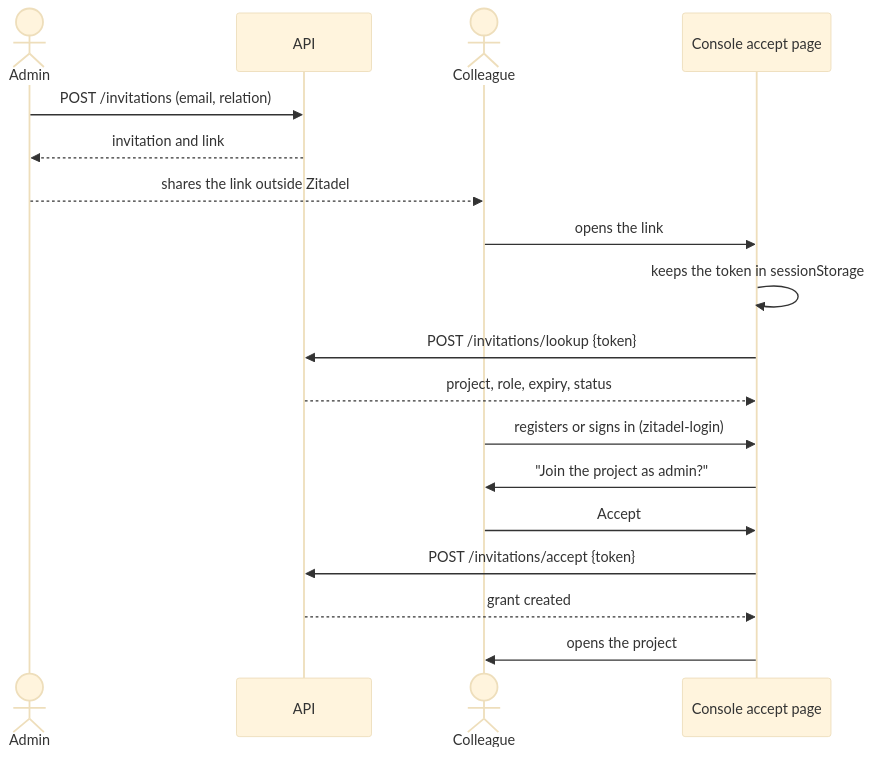
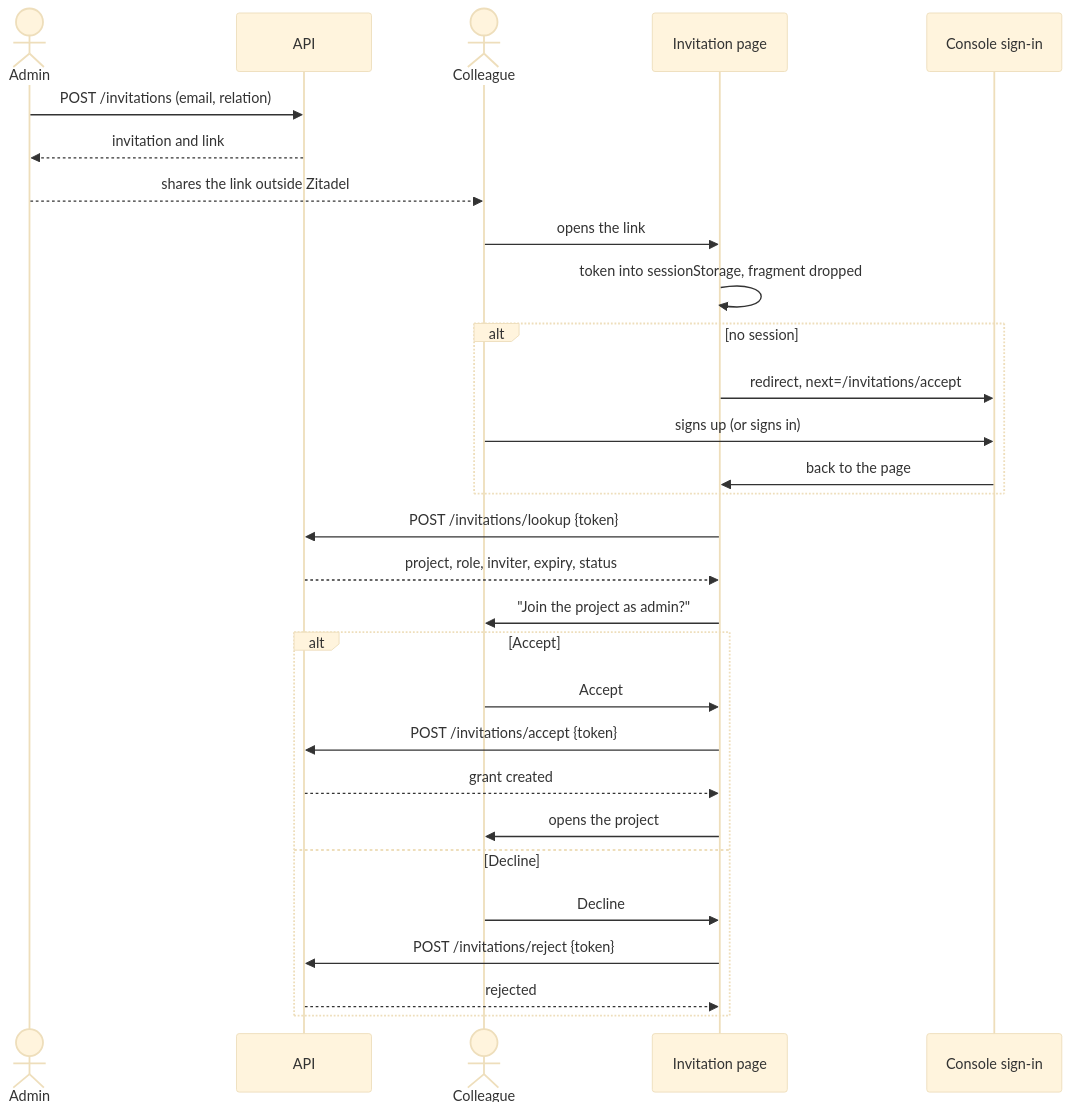
One commit to zitadel/nextgen changed the second of 5 diagrams in docs/adrs/086-invitations.md. Above: the diagram before and after it, drawn with Mermaid (base theme). The commit also changed other lines of this file and 1 other file, not shown here.

Commit message:
docs: make the invitation page signed-in only in ADR 086

````diff
--- a/docs/adrs/086-invitations.md
+++ b/docs/adrs/086-invitations.md
@@ -282,20 +300,31 @@
 ```mermaid
 sequenceDiagram
   actor Admin
   participant API
   actor Colleague
-  participant Console as Console accept page
+  participant Page as Invitation page
+  participant Login as Console sign-in
   Admin->>API: POST /invitations (email, relation)
   API-->>Admin: invitation and link
   Admin-->>Colleague: shares the link outside Zitadel
-  Colleague->>Console: opens the link
-  Console->>Console: keeps the token in sessionStorage
-  Console->>API: POST /invitations/lookup {token}
-  API-->>Console: project, role, expiry, status
-  Colleague->>Console: registers or signs in (zitadel-login)
-  Console->>Colleague: "Join the project as admin?"
-  Colleague->>Console: Accept
-  Console->>API: POST /invitations/accept {token}
-  API-->>Console: grant created
-  Console->>Colleague: opens the project
+  Colleague->>Page: opens the link
+  Page->>Page: token into sessionStorage, fragment dropped
+  alt no session
+    Page->>Login: redirect, next=/invitations/accept
+    Colleague->>Login: signs up (or signs in)
+    Login->>Page: back to the page
+  end
+  Page->>API: POST /invitations/lookup {token}
+  API-->>Page: project, role, inviter, expiry, status
+  Page->>Colleague: "Join the project as admin?"
+  alt Accept
+    Colleague->>Page: Accept
+    Page->>API: POST /invitations/accept {token}
+    API-->>Page: grant created
+    Page->>Colleague: opens the project
+  else Decline
+    Colleague->>Page: Decline
+    Page->>API: POST /invitations/reject {token}
+    API-->>Page: rejected
+  end
 ```
````
